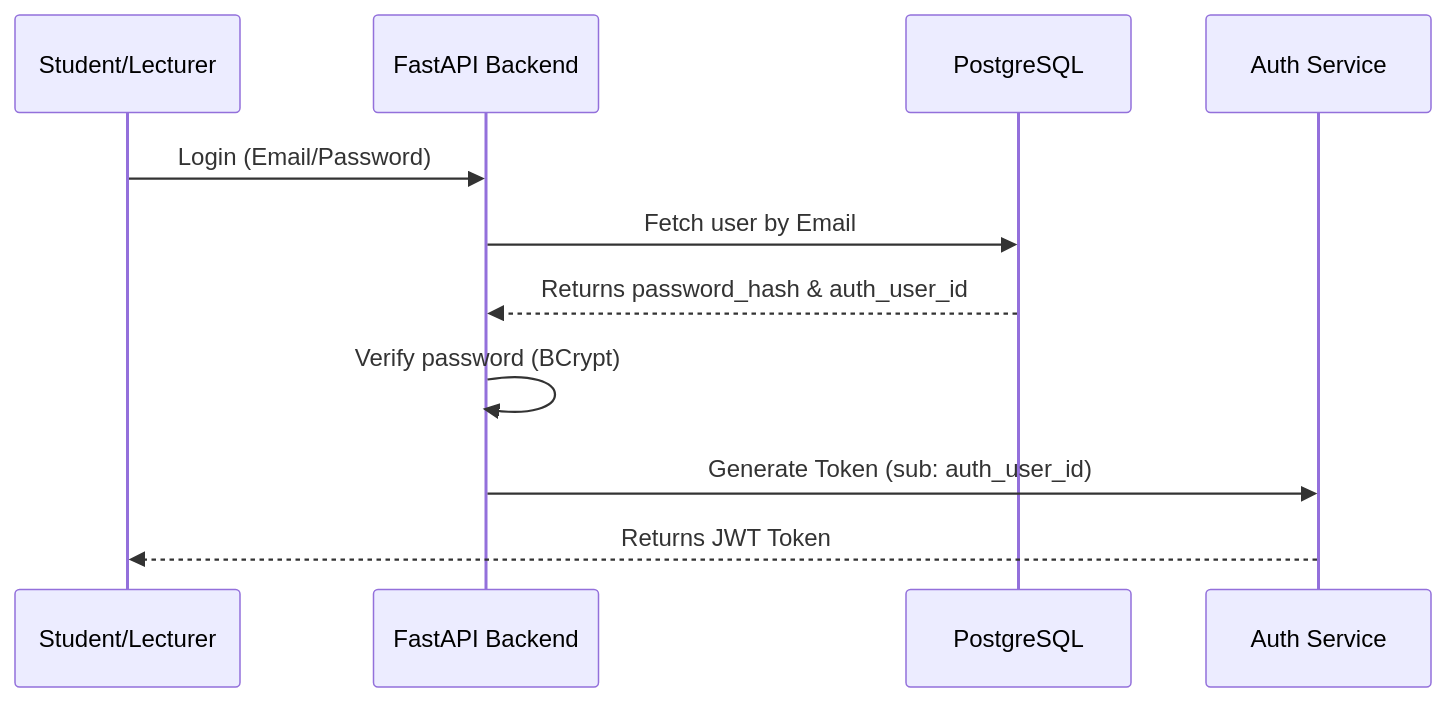
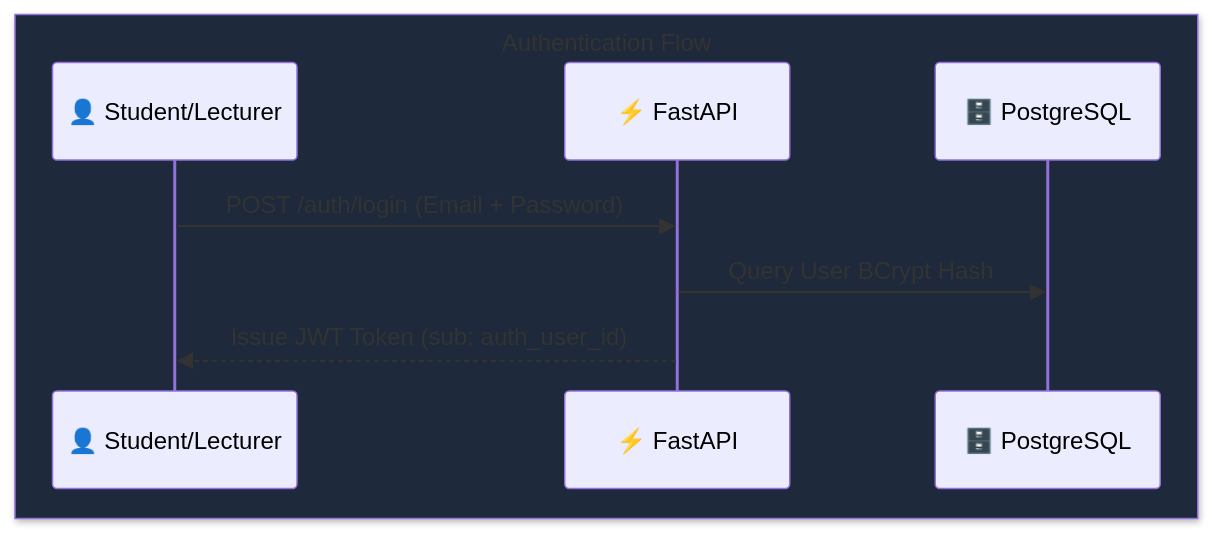
One commit to 4awmy/Classroom-Emotion-System changed the third of 5 diagrams in ARCHITECTURE.md. Above: the diagram before and after it, drawn with Mermaid. The commit also changed other lines of this file and 9 other files, not shown here.

````diff
--- a/ARCHITECTURE.md
+++ b/ARCHITECTURE.md
@@ -61,14 +151,12 @@
 ```mermaid
 sequenceDiagram
-    participant User as Student/Lecturer
-    participant API as FastAPI Backend
-    participant DB as PostgreSQL
-    participant JWT as Auth Service
+    box rgb(30, 41, 59) Authentication Flow
+        participant User as 👤 Student/Lecturer
+        participant API as ⚡ FastAPI
+        participant DB as 🗄️ PostgreSQL
+    end
 
-    User->>API: Login (Email/Password)
-    API->>DB: Fetch user by Email
-    DB-->>API: Returns password_hash & auth_user_id
-    API->>API: Verify password (BCrypt)
-    API->>JWT: Generate Token (sub: auth_user_id)
-    JWT-->>User: Returns JWT Token
+    User->>API: POST /auth/login (Email + Password)
+    API->>DB: Query User BCrypt Hash
+    API-->>User: Issue JWT Token (sub: auth_user_id)
 ```
````
